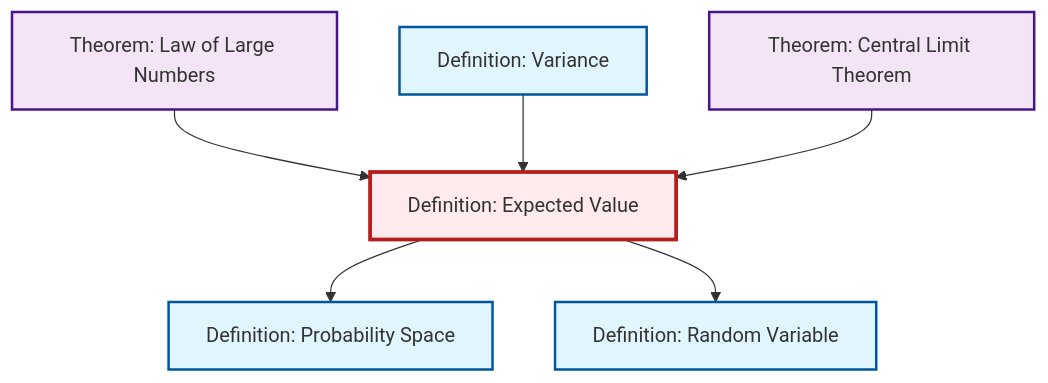
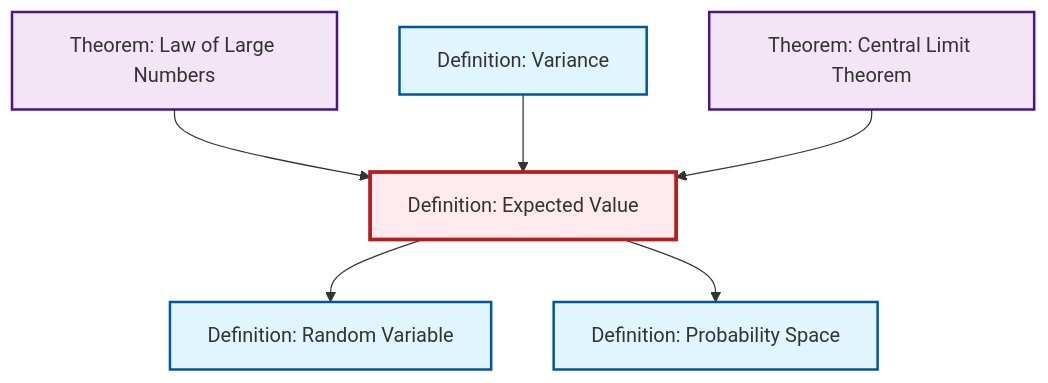
Before and after one commit to RK0429/ModernMath: the second of 2 diagrams in content/ja/probability-statistics/def-expectation.qmd, drawn with Mermaid. The commit also changed other lines of this file and 360 other files, not shown here.

````diff
--- a/content/ja/probability-statistics/def-expectation.qmd
+++ b/content/ja/probability-statistics/def-expectation.qmd
@@ -88,26 +88,26 @@
 ```{mermaid}
 %%| fig-cap: "Local dependency graph"
 graph TD
     classDef definition fill:#e1f5fe,stroke:#01579b,stroke-width:2px
     classDef theorem fill:#f3e5f5,stroke:#4a148c,stroke-width:2px
     classDef axiom fill:#fff3e0,stroke:#e65100,stroke-width:2px
     classDef example fill:#e8f5e9,stroke:#1b5e20,stroke-width:2px
     classDef current fill:#ffebee,stroke:#b71c1c,stroke-width:3px
+    def-probability-space["Definition: Probability Space"]:::definition
     def-expectation["Definition: Expected Value"]:::definition
+    def-random-variable["Definition: Random Variable"]:::definition
     thm-central-limit["Theorem: Central Limit Theorem"]:::theorem
-    def-random-variable["Definition: Random Variable"]:::definition
+    def-variance["Definition: Variance"]:::definition
     thm-law-of-large-numbers["Theorem: Law of Large Numbers"]:::theorem
-    def-probability-space["Definition: Probability Space"]:::definition
-    def-variance["Definition: Variance"]:::definition
     thm-law-of-large-numbers --> def-expectation
     def-variance --> def-expectation
-    def-expectation --> def-probability-space
     def-expectation --> def-random-variable
     thm-central-limit --> def-expectation
+    def-expectation --> def-probability-space
     class def-expectation current
+    click def-probability-space "def-probability-space.html" "Definition: Probability Spaceへ"
+    click def-random-variable "def-random-variable.html" "Definition: Random Variableへ"
     click thm-central-limit "thm-central-limit.html" "Theorem: Central Limit Theoremへ"
-    click def-random-variable "def-random-variable.html" "Definition: Random Variableへ"
+    click def-variance "def-variance.html" "Definition: Varianceへ"
     click thm-law-of-large-numbers "thm-law-of-large-numbers.html" "Theorem: Law of Large Numbersへ"
-    click def-probability-space "def-probability-space.html" "Definition: Probability Spaceへ"
-    click def-variance "def-variance.html" "Definition: Varianceへ"
 ```
````
